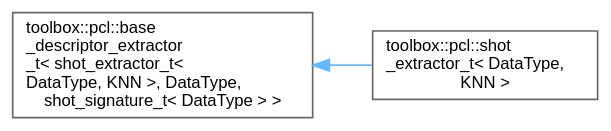
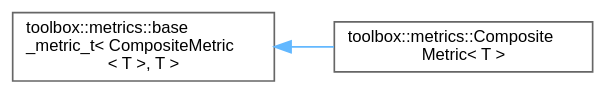
Before and after one commit to nerdneilsfield/cpp-toolbox: the diagram in inherit_graph_47.dot, drawn with Graphviz. The commit also changed 771 other files, not shown here.

```diff
--- a/inherit_graph_47.dot
+++ b/inherit_graph_47.dot
@@ -1,11 +1,11 @@
 digraph "Graphical Class Hierarchy"
 {
  // LATEX_PDF_SIZE
   bgcolor="transparent";
   edge [fontname=Helvetica,fontsize=10,labelfontname=Helvetica,labelfontsize=10];
   node [fontname=Helvetica,fontsize=10,shape=box,height=0.2,width=0.4];
   rankdir="LR";
-  Node0 [id="Node000000",label="toolbox::pcl::base\l_descriptor_extractor\l_t\< shot_extractor_t\<\l DataType, KNN \>, DataType,\l shot_signature_t\< DataType \> \>",height=0.2,width=0.4,color="grey40", fillcolor="white", style="filled",URL="$classtoolbox_1_1pcl_1_1base__descriptor__extractor__t.html",tooltip=" "];
-  Node0 -> Node1 [id="edge46_Node000000_Node000001",dir="back",color="steelblue1",style="solid",tooltip=" "];
-  Node1 [id="Node000001",label="toolbox::pcl::shot\l_extractor_t\< DataType,\l KNN \>",height=0.2,width=0.4,color="grey40", fillcolor="white", style="filled",URL="$classtoolbox_1_1pcl_1_1shot__extractor__t.html",tooltip="SHOT (Signature of Histograms of Orientations) descriptor extractor."];
+  Node0 [id="Node000000",label="toolbox::metrics::base\l_metric_t\< CompositeMetric\l\< T \>, T \>",height=0.2,width=0.4,color="grey40", fillcolor="white", style="filled",URL="$classtoolbox_1_1metrics_1_1base__metric__t.html",tooltip=" "];
+  Node0 -> Node1 [id="edge49_Node000000_Node000001",dir="back",color="steelblue1",style="solid",tooltip=" "];
+  Node1 [id="Node000001",label="toolbox::metrics::Composite\lMetric\< T \>",height=0.2,width=0.4,color="grey40", fillcolor="white", style="filled",URL="$classtoolbox_1_1metrics_1_1_composite_metric.html",tooltip=" "];
 }
```
